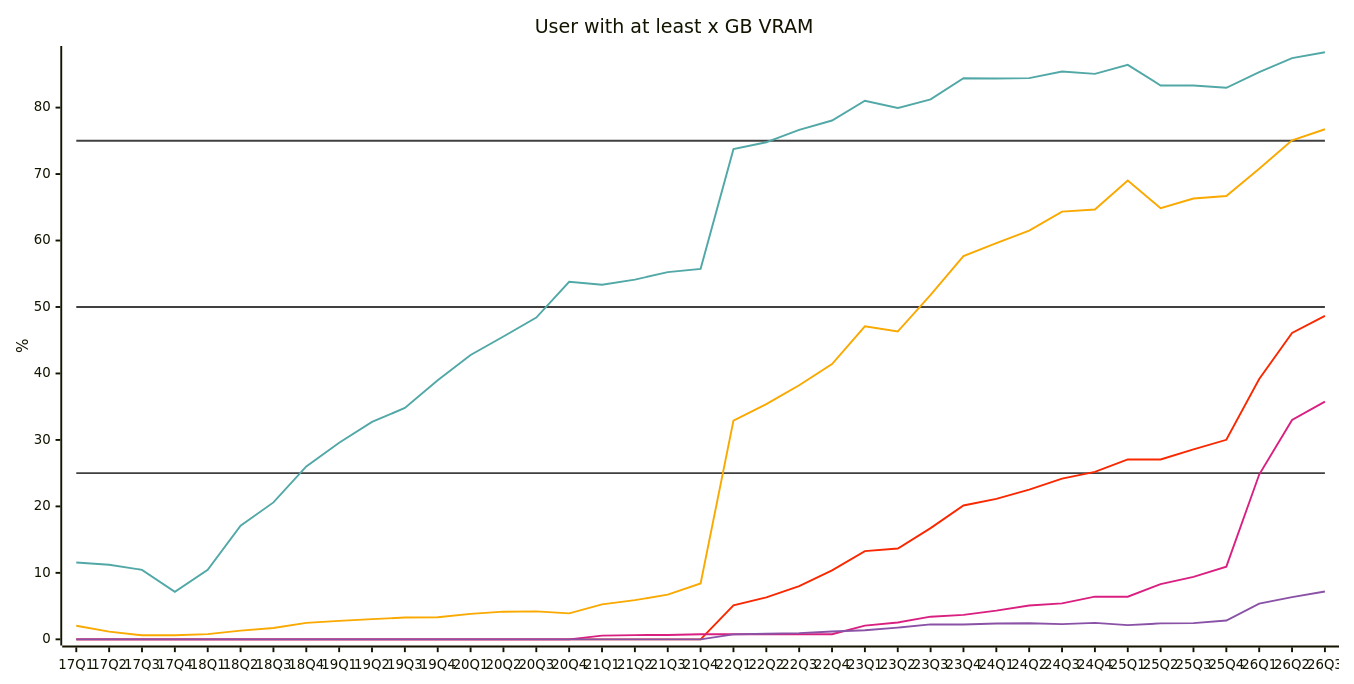
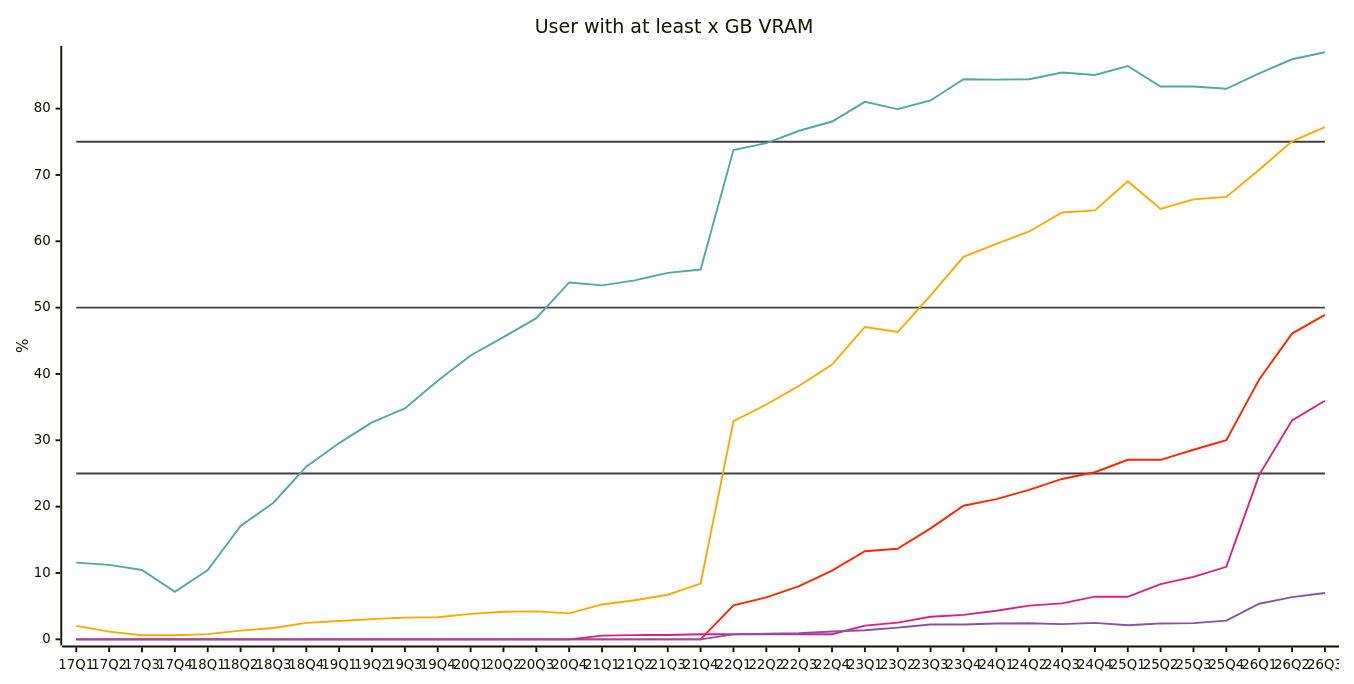
One commit to jdegene/steamHWsurvey changed diagram 12 of 31 in README.md. Above: the diagram before and after it, drawn with Mermaid. The commit also changed other lines of this file and 2 other files, not shown here.

````diff
--- a/README.md
+++ b/README.md
@@ -410,26 +410,26 @@
 ```mermaid
 ---
 config:
     xyChart:
         width: 1400
         height: 700
         
     themeVariables:
         xyChart:
             plotColorPalette: "#404040,#404040,#404040,#51a8a6,#f9a900,#f92800,#d92080,#8a52a6"
 
 --- 
 
 xychart-beta
     title "User with at least x GB VRAM"
     x-axis [17Q1, 17Q2, 17Q3, 17Q4, 18Q1, 18Q2, 18Q3, 18Q4, 19Q1, 19Q2, 19Q3, 19Q4, 20Q1, 20Q2, 20Q3, 20Q4, 21Q1, 21Q2, 21Q3, 21Q4, 22Q1, 22Q2, 22Q3, 22Q4, 23Q1, 23Q2, 23Q3, 23Q4, 24Q1, 24Q2, 24Q3, 24Q4, 25Q1, 25Q2, 25Q3, 25Q4, 26Q1, 26Q2, 26Q3]
     y-axis "%" 
  line [25, 25, 25, 25, 25, 25, 25, 25, 25, 25, 25, 25, 25, 25, 25, 25, 25, 25, 25, 25, 25, 25, 25, 25, 25, 25, 25, 25, 25, 25, 25, 25, 25, 25, 25, 25, 25, 25, 25]
  line [50, 50, 50, 50, 50, 50, 50, 50, 50, 50, 50, 50, 50, 50, 50, 50, 50, 50, 50, 50, 50, 50, 50, 50, 50, 50, 50, 50, 50, 50, 50, 50, 50, 50, 50, 50, 50, 50, 50]
  line [75, 75, 75, 75, 75, 75, 75, 75, 75, 75, 75, 75, 75, 75, 75, 75, 75, 75, 75, 75, 75, 75, 75, 75, 75, 75, 75, 75, 75, 75, 75, 75, 75, 75, 75, 75, 75, 75, 75]
-    line [11.559999999999999, 11.223333333333334, 10.45, 7.1466666666666665, 10.453333333333333, 17.083333333333332, 20.599999999999998, 26.023333333333333, 29.580000000000002, 32.70333333333333, 34.803333333333335, 38.989999999999995, 42.78333333333333, 45.556666666666665, 48.413333333333334, 53.79666666666667, 53.35333333333333, 54.11, 55.246666666666655, 55.74, 73.74333333333333, 74.78666666666668, 76.66, 78.05666666666667, 81.02333333333333, 79.93333333333334, 81.23, 84.42333333333335, 84.37666666666667, 84.42999999999999, 85.43333333333334, 85.07000000000001, 86.42666666666666, 83.33, 83.33333333333334, 82.98666666666666, 85.32166666666666, 87.44, 88.32999999999997]
-    line [2.0366666666666666, 1.16, 0.61, 0.61, 0.79, 1.3033333333333335, 1.71, 2.48, 2.77, 3.046666666666667, 3.2766666666666664, 3.3266666666666667, 3.836666666666667, 4.16, 4.206666666666667, 3.9099999999999997, 5.256666666666667, 5.89, 6.72, 8.406666666666666, 32.903333333333336, 35.39666666666667, 38.22666666666667, 41.41, 47.08666666666666, 46.32000000000001, 51.83, 57.64999999999999, 59.596666666666664, 61.483333333333334, 64.34333333333333, 64.66333333333333, 69.03333333333333, 64.86666666666667, 66.31666666666666, 66.69666666666666, 70.79666666666665, 75.06666666666666, 76.73999999999998]
-    line [0, 0, 0, 0, 0, 0, 0, 0, 0, 0, 0, 0, 0, 0, 0, 0, 0, 0, 0, 0, 5.11, 6.3133333333333335, 8.006666666666668, 10.366666666666667, 13.273333333333333, 13.66, 16.726666666666667, 20.14, 21.14, 22.516666666666666, 24.173333333333336, 25.183333333333337, 27.063333333333333, 27.060000000000002, 28.573333333333334, 30.020000000000003, 39.17666666666664, 46.08666666666666, 48.649999999999984]
-    line [0, 0, 0, 0, 0, 0, 0, 0, 0, 0, 0, 0, 0, 0, 0, 0, 0.5549999999999999, 0.6333333333333333, 0.6599999999999999, 0.76, 0.76, 0.76, 0.76, 0.76, 2.07, 2.5233333333333334, 3.4066666666666667, 3.6799999999999997, 4.3133333333333335, 5.079999999999999, 5.413333333333333, 6.43, 6.41, 8.316666666666666, 9.403333333333334, 10.93, 24.791666666666647, 33.01, 35.76999999999998]
-    line [0, 0, 0, 0, 0, 0, 0, 0, 0, 0, 0, 0, 0, 0, 0, 0, 0, 0, 0, 0, 0.75, 0.8500000000000001, 0.9266666666666666, 1.1833333333333333, 1.3733333333333333, 1.76, 2.243333333333333, 2.2333333333333334, 2.3833333333333333, 2.4266666666666667, 2.29, 2.476666666666667, 2.13, 2.396666666666667, 2.4366666666666665, 2.8266666666666667, 5.369999999999997, 6.356666666666663, 7.1999999999999895]
+    line [11.559999999999999, 11.223333333333334, 10.45, 7.1466666666666665, 10.453333333333333, 17.083333333333332, 20.599999999999998, 26.023333333333333, 29.580000000000002, 32.70333333333333, 34.803333333333335, 38.989999999999995, 42.78333333333333, 45.556666666666665, 48.413333333333334, 53.79666666666667, 53.35333333333333, 54.11, 55.246666666666655, 55.74, 73.74333333333333, 74.78666666666668, 76.66, 78.05666666666667, 81.02333333333333, 79.93333333333334, 81.23, 84.42333333333335, 84.37666666666667, 84.42999999999999, 85.43333333333332, 85.07000000000001, 86.42666666666666, 83.33, 83.33333333333334, 82.98666666666666, 85.32166666666666, 87.44, 88.49999999999997]
+    line [2.0366666666666666, 1.16, 0.61, 0.61, 0.79, 1.3033333333333335, 1.71, 2.48, 2.77, 3.046666666666667, 3.2766666666666664, 3.3266666666666667, 3.836666666666667, 4.16, 4.206666666666667, 3.9099999999999997, 5.256666666666667, 5.89, 6.72, 8.406666666666666, 32.903333333333336, 35.39666666666667, 38.22666666666667, 41.41, 47.08666666666666, 46.32000000000001, 51.83, 57.64999999999999, 59.596666666666664, 61.483333333333334, 64.34333333333333, 64.66333333333333, 69.03333333333333, 64.86666666666667, 66.31666666666666, 66.69666666666666, 70.79666666666665, 75.06666666666666, 77.20999999999998]
+    line [0, 0, 0, 0, 0, 0, 0, 0, 0, 0, 0, 0, 0, 0, 0, 0, 0, 0, 0, 0, 5.11, 6.3133333333333335, 8.006666666666668, 10.366666666666667, 13.273333333333333, 13.66, 16.726666666666667, 20.14, 21.14, 22.516666666666666, 24.173333333333336, 25.183333333333337, 27.063333333333333, 27.060000000000002, 28.573333333333334, 30.020000000000003, 39.17666666666664, 46.08666666666666, 48.89999999999999]
+    line [0, 0, 0, 0, 0, 0, 0, 0, 0, 0, 0, 0, 0, 0, 0, 0, 0.5549999999999999, 0.6333333333333333, 0.6599999999999999, 0.76, 0.76, 0.76, 0.76, 0.76, 2.07, 2.5233333333333334, 3.4066666666666667, 3.6799999999999997, 4.3133333333333335, 5.079999999999999, 5.413333333333333, 6.43, 6.41, 8.316666666666666, 9.403333333333334, 10.93, 24.791666666666647, 33.01, 35.96499999999999]
+    line [0, 0, 0, 0, 0, 0, 0, 0, 0, 0, 0, 0, 0, 0, 0, 0, 0, 0, 0, 0, 0.75, 0.8500000000000001, 0.9266666666666666, 1.1833333333333333, 1.3733333333333333, 1.76, 2.243333333333333, 2.2333333333333334, 2.3833333333333333, 2.4266666666666667, 2.29, 2.476666666666667, 2.13, 2.396666666666667, 2.4366666666666665, 2.8266666666666667, 5.369999999999997, 6.356666666666663, 6.974999999999995]
 ``` 
````
